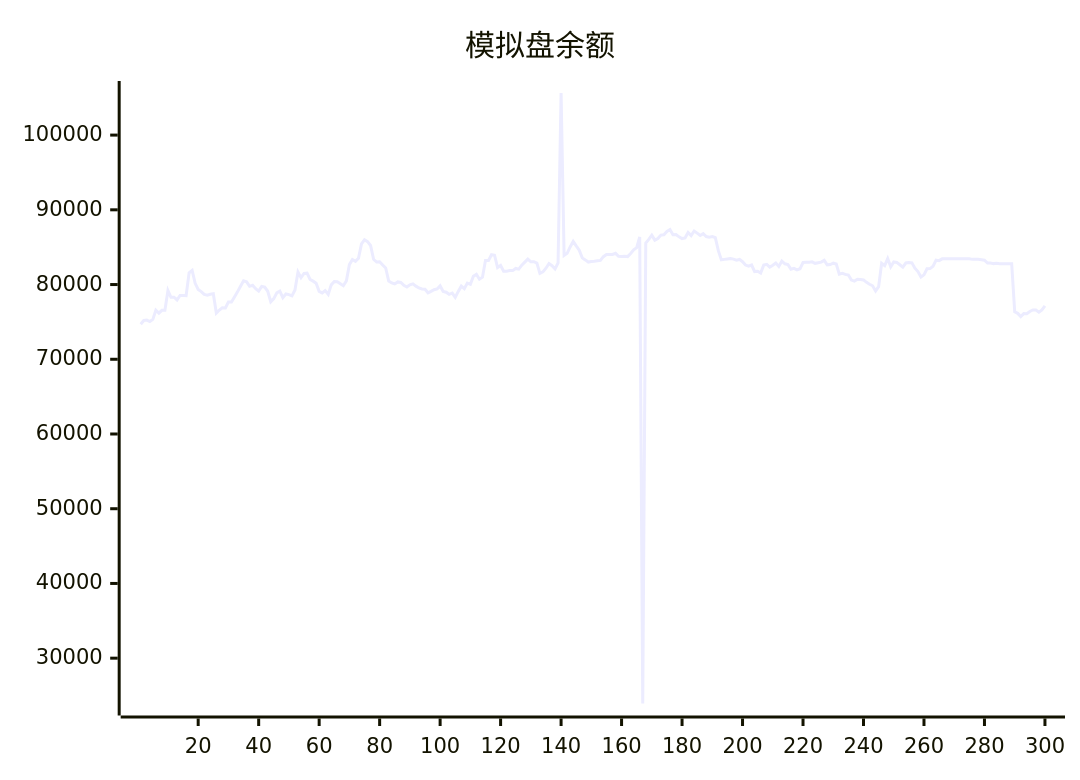
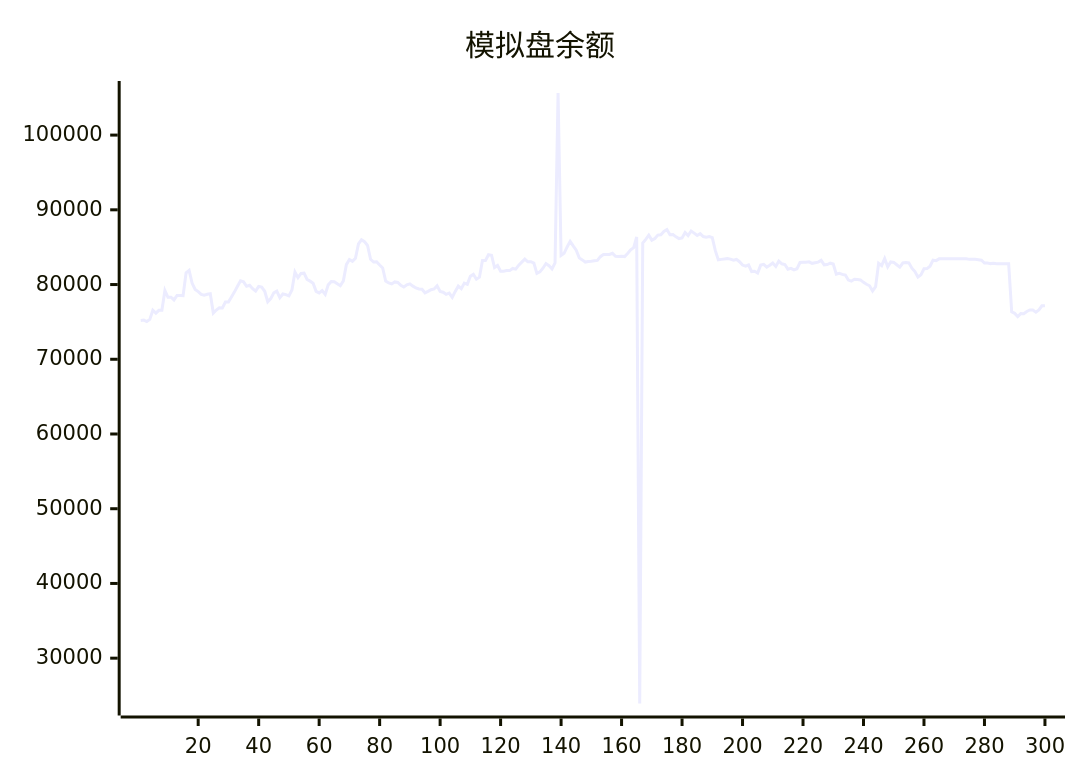
The diagram in README.md (aahl/ai-trading), drawn with Mermaid before and after one commit. The commit also changed other lines of this file and 1 other file, not shown here.

````diff
--- a/README.md
+++ b/README.md
@@ -5,5 +5,5 @@
 ```mermaid
 xychart
     title "模拟盘余额"
-    line [74695,75197,75246,75052,75334,76564,76179,76553,76551,79196,78300,78300,77944,78531,78531,78521,81564,81884,80160,79335,79055,78675,78580,78708,78764,76179,76586,76902,76876,77658,77669,78346,79023,79769,80497,80366,79761,79896,79448,79126,79749,79658,79097,77695,78114,78888,79126,78249,78738,78653,78478,79271,81680,80923,81488,81527,80681,80455,80190,79084,78879,79193,78686,79954,80403,80374,80118,79848,80491,82665,83351,83098,83525,85430,85983,85737,85221,83378,83014,83043,82613,82216,80477,80208,80081,80348,80277,79894,79670,79965,80093,79786,79542,79406,79371,78893,79087,79304,79406,79841,79072,78978,78696,78846,78272,79085,79787,79442,80198,80031,81120,81379,80718,80985,83214,83212,83993,83921,82270,82547,81776,81776,81866,81866,82158,82061,82596,83000,83408,83041,83050,82858,81503,81691,82188,82812,82517,82092,82901,105633,83898,84180,85030,85781,85178,84604,83569,83298,83008,83093,83107,83175,83228,83729,84025,84017,84019,84177,83775,83762,83785,83738,84160,84639,84939,86370,23934,85548,86046,86599,85942,86161,86622,86664,87115,87369,86666,86685,86384,86152,86243,86969,86548,87164,86885,86566,86809,86427,86348,86417,86273,84538,83299,83369,83430,83490,83404,83270,83362,83056,82605,82459,82614,81734,81788,81551,82598,82702,82320,82580,82878,82426,83139,82778,82686,82056,82166,81963,82110,82951,82983,82984,83038,82838,82915,82998,83235,82642,82682,82858,82746,81396,81512,81362,81277,80600,80461,80699,80673,80616,80288,80038,79836,79142,79722,82837,82533,83480,82366,83032,82960,82654,82330,82883,82934,82901,82188,81728,81005,81298,82110,82135,82449,83264,83203,83440,83439,83440,83440,83446,83447,83448,83447,83448,83449,83369,83369,83369,83313,83256,82872,82873,82801,82844,82785,82791,82791,82793,82794,76339,76145,75714,76110,76096,76397,76594,76585,76310,76607,77160]
+    line [75197,75246,75052,75334,76564,76179,76553,76551,79196,78300,78300,77944,78531,78531,78521,81564,81884,80160,79335,79055,78675,78580,78708,78764,76179,76586,76902,76876,77658,77669,78346,79023,79769,80497,80366,79761,79896,79448,79126,79749,79658,79097,77695,78114,78888,79126,78249,78738,78653,78478,79271,81680,80923,81488,81527,80681,80455,80190,79084,78879,79193,78686,79954,80403,80374,80118,79848,80491,82665,83351,83098,83525,85430,85983,85737,85221,83378,83014,83043,82613,82216,80477,80208,80081,80348,80277,79894,79670,79965,80093,79786,79542,79406,79371,78893,79087,79304,79406,79841,79072,78978,78696,78846,78272,79085,79787,79442,80198,80031,81120,81379,80718,80985,83214,83212,83993,83921,82270,82547,81776,81776,81866,81866,82158,82061,82596,83000,83408,83041,83050,82858,81503,81691,82188,82812,82517,82092,82901,105633,83898,84180,85030,85781,85178,84604,83569,83298,83008,83093,83107,83175,83228,83729,84025,84017,84019,84177,83775,83762,83785,83738,84160,84639,84939,86370,23934,85548,86046,86599,85942,86161,86622,86664,87115,87369,86666,86685,86384,86152,86243,86969,86548,87164,86885,86566,86809,86427,86348,86417,86273,84538,83299,83369,83430,83490,83404,83270,83362,83056,82605,82459,82614,81734,81788,81551,82598,82702,82320,82580,82878,82426,83139,82778,82686,82056,82166,81963,82110,82951,82983,82984,83038,82838,82915,82998,83235,82642,82682,82858,82746,81396,81512,81362,81277,80600,80461,80699,80673,80616,80288,80038,79836,79142,79722,82837,82533,83480,82366,83032,82960,82654,82330,82883,82934,82901,82188,81728,81005,81298,82110,82135,82449,83264,83203,83440,83439,83440,83440,83446,83447,83448,83447,83448,83449,83369,83369,83369,83313,83256,82872,82873,82801,82844,82785,82791,82791,82793,82794,76339,76145,75714,76110,76096,76397,76594,76585,76310,76607,77160,77170]
 ```
````
